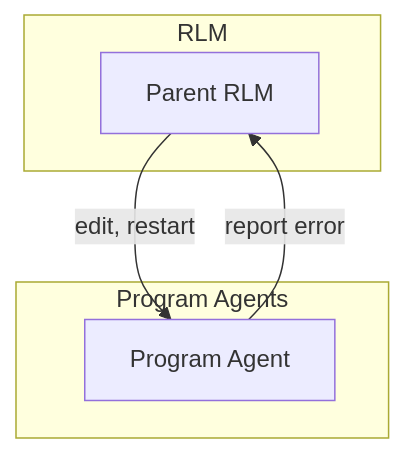
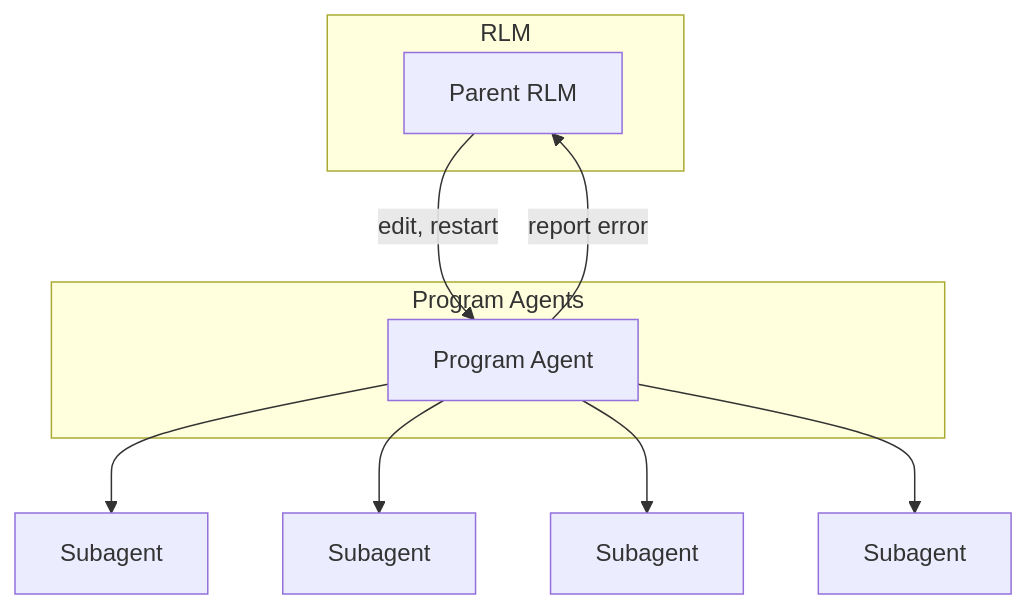
The fourth of 4 diagrams in README.md (tkellogg/dsh-rlm), drawn with Mermaid before and after one commit.

Commit message:
Enhance README with subagent connections
Added subagent connections to the program agents diagram.

````diff
--- a/README.md
+++ b/README.md
@@ -50,14 +50,18 @@
 ```mermaid
 flowchart TD
     subgraph rlm[RLM]
       RLM
     end
 
     RLM[Parent RLM] -->|edit, restart| code
     code[Program Agent] -->|report error| RLM
 
     subgraph program[Program Agents]
       code
     end
 
+    code --> s1[Subagent]
+    code --> s2[Subagent]
+    code --> s3[Subagent]
+    code --> s4[Subagent]
 ```
````
